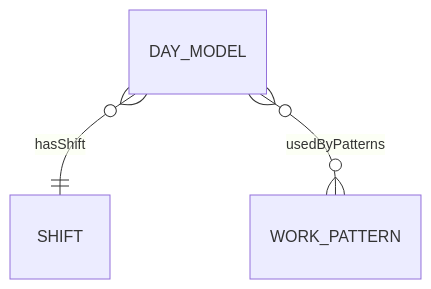
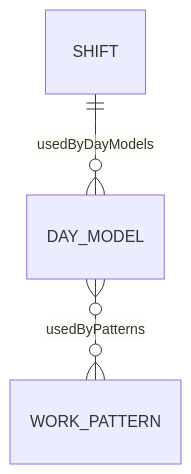
The second of 3 diagrams in docs/01-modules/TA/00-ontology/domain/time-modeling/day-model.onto.md (a4b-corporation/xTalent), drawn with Mermaid before and after one commit. The commit also changed other lines of this file and 12 other files, not shown here.

````diff
--- a/docs/01-modules/TA/00-ontology/domain/time-modeling/day-model.onto.md
+++ b/docs/01-modules/TA/00-ontology/domain/time-modeling/day-model.onto.md
@@ -150,5 +196,5 @@
 ```mermaid
 erDiagram
-    DAY_MODEL }o--|| SHIFT : "hasShift"
+    SHIFT ||--o{ DAY_MODEL : "usedByDayModels"
     DAY_MODEL }o--o{ WORK_PATTERN : "usedByPatterns"
 ```
````
